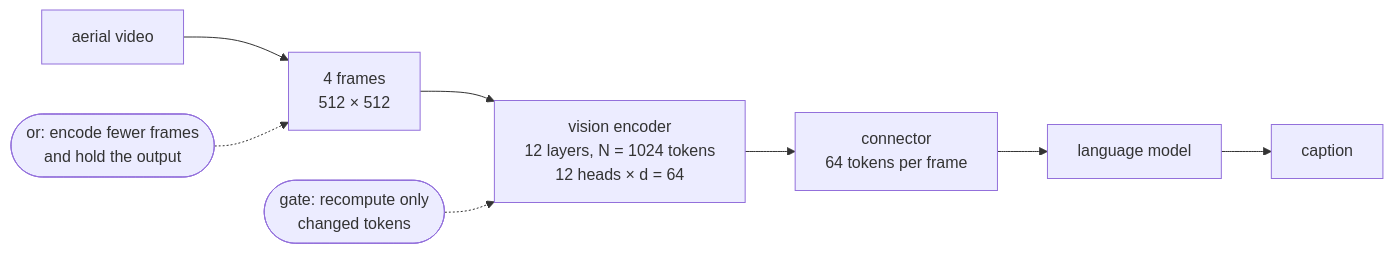
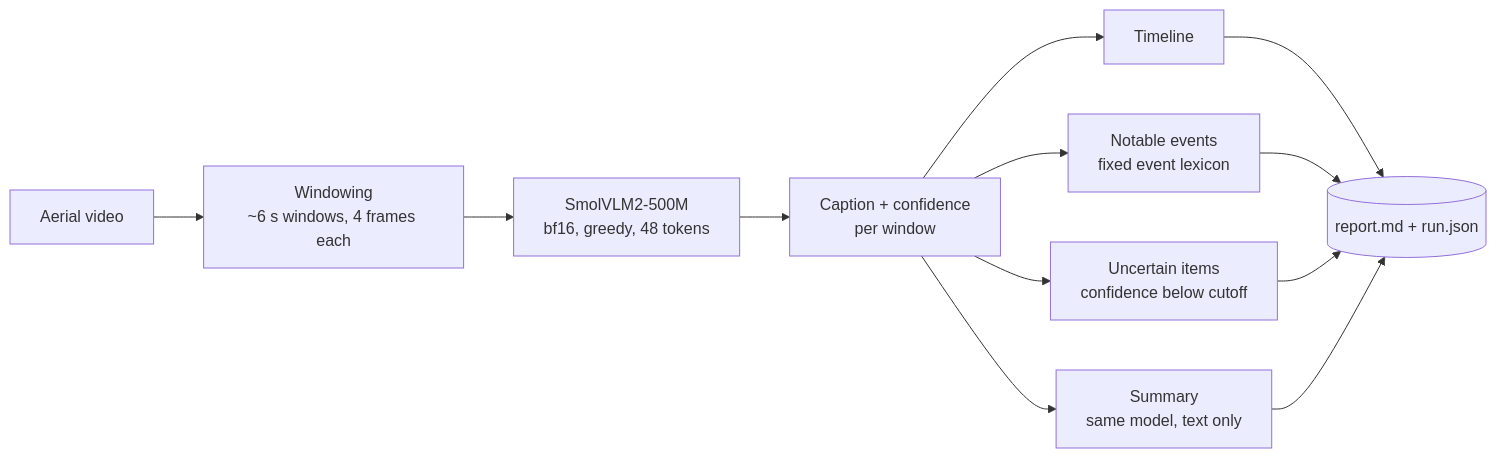
Before and after one commit to ahadullabaig/airgap: the diagram in README.md, drawn with Mermaid. The commit also changed other lines of this file and 6 other files, not shown here.

````diff
--- a/README.md
+++ b/README.md
@@ -38,10 +111,11 @@
 ```mermaid
 flowchart LR
-    V["aerial video"] --> F["4 frames<br/>512 × 512"]
-    F --> E["vision encoder<br/>12 layers, N = 1024 tokens<br/>12 heads × d = 64"]
-    E --> C["connector<br/>64 tokens per frame"]
-    C --> L["language model"]
-    L --> T["caption"]
-    G(["gate: recompute only<br/>changed tokens"]) -.-> E
-    H(["or: encode fewer frames<br/>and hold the output"]) -.-> F
+    V["Aerial video"] --> W["Windowing<br/>~6 s windows, 4 frames each"]
+    W --> M["SmolVLM2-500M<br/>bf16, greedy, 48 tokens"]
+    M --> C["Caption + confidence<br/>per window"]
+    C --> T["Timeline"]
+    C --> N["Notable events<br/>fixed event lexicon"]
+    C --> U["Uncertain items<br/>confidence below cutoff"]
+    C --> S["Summary<br/>same model, text only"]
+    T & N & U & S --> R[("report.md + run.json")]
 ```
````
